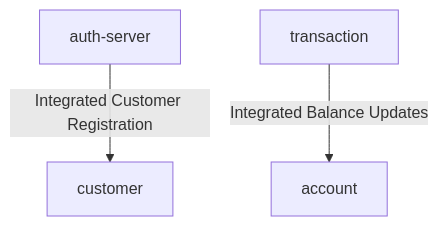
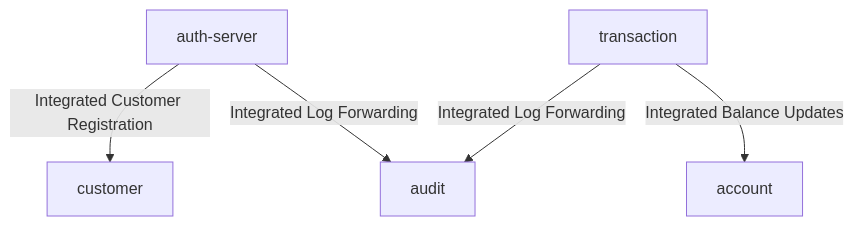
One commit to Lfav07/amerbank-micro changed the second of 3 diagrams in README.md. Above: the diagram before and after it, drawn with Mermaid. The commit also changed other lines of this file and 1 other file, not shown here.

Commit message:
docs: update README.md to include documentation for new audit-logging microservice

````diff
--- a/README.md
+++ b/README.md
@@ -124,5 +129,7 @@
 ```mermaid
 graph TD
   auth-server -->|Integrated Customer Registration| customer
   transaction -->|Integrated Balance Updates| account
+  auth-server --> |Integrated Log Forwarding| audit
+  transaction --> |Integrated Log Forwarding| audit
 ```
````
